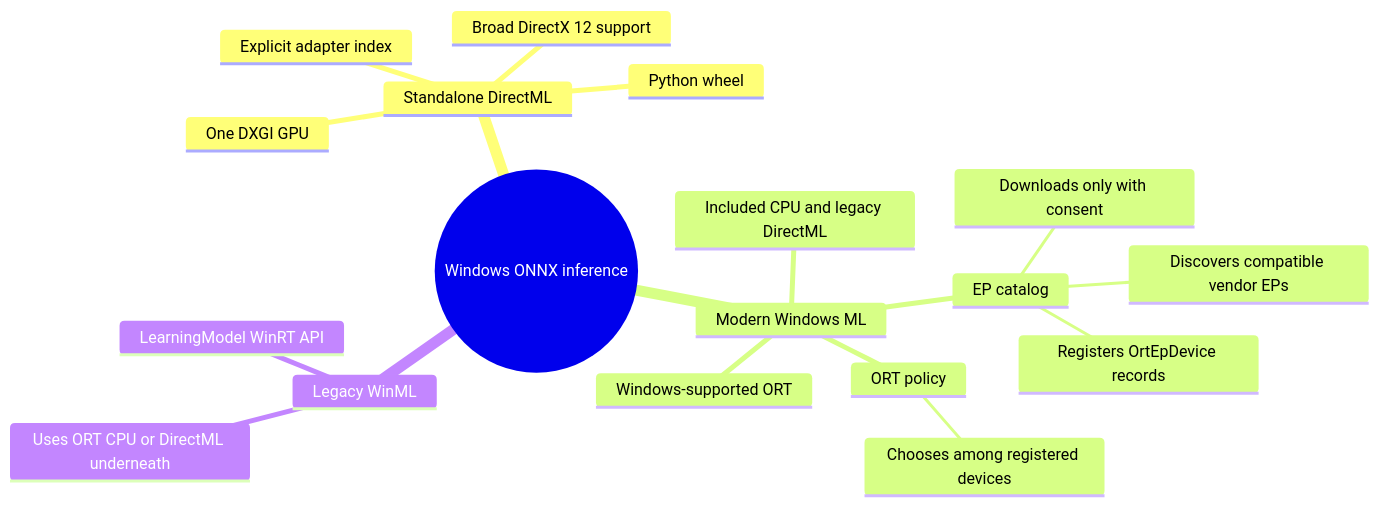
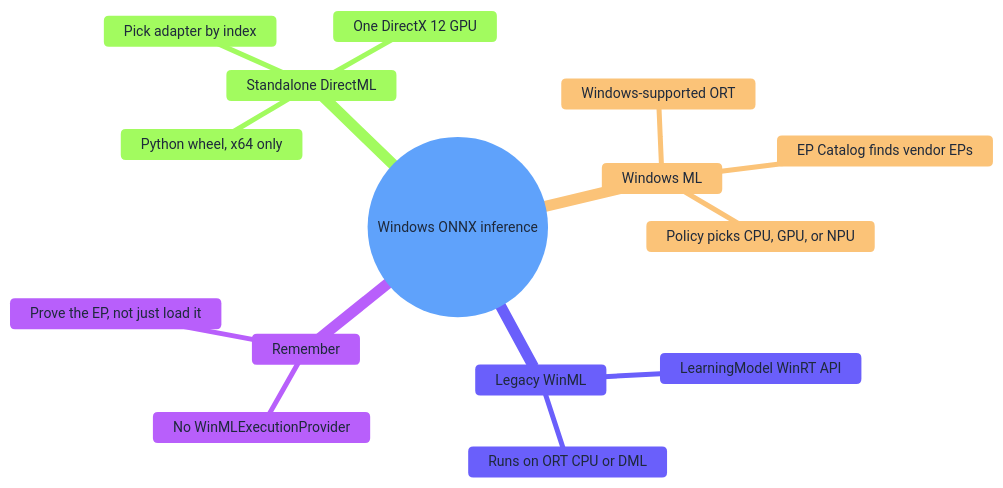
Before and after one commit to DakeQQ/Tutorial-ONNX-Runtime-Execution-Providers: the first of 12 diagrams in DirectML/README.md, drawn with Mermaid. The commit also changed other lines of this file and 15 other files, not shown here.

````diff
--- a/DirectML/README.md
+++ b/DirectML/README.md
@@ -34,22 +58,19 @@
 ```mermaid
-%%{init: {"themeCSS": ".mindmap-node:not(.section-root) text { fill: #20242b !important; } .mindmap-node:not(.section-root) span { color: #20242b !important; }"}}%%
+%%{init: {"theme":"base","themeVariables":{"fontSize":"14px","primaryColor":"#dbeafe","primaryTextColor":"#1e293b","primaryBorderColor":"#3b82f6","lineColor":"#94a3b8"},"themeCSS":".mindmap-node text{fill:#1e293b !important;} .mindmap-node span{color:#1e293b !important;}"}}%%
 mindmap
   root((Windows ONNX inference))
     Standalone DirectML
-      Python wheel
-      One DXGI GPU
-      Explicit adapter index
-      Broad DirectX 12 support
-    Modern Windows ML
+      Python wheel, x64 only
+      One DirectX 12 GPU
+      Pick adapter by index
+    Windows ML
       Windows-supported ORT
-      Included CPU and legacy DirectML
-      EP catalog
-        Discovers compatible vendor EPs
-        Downloads only with consent
-        Registers OrtEpDevice records
-      ORT policy
-        Chooses among registered devices
+      EP Catalog finds vendor EPs
+      Policy picks CPU, GPU, or NPU
     Legacy WinML
       LearningModel WinRT API
-      Uses ORT CPU or DirectML underneath
+      Runs on ORT CPU or DML
+    Remember
+      No WinMLExecutionProvider
+      Prove the EP, not just load it
 ```
````
